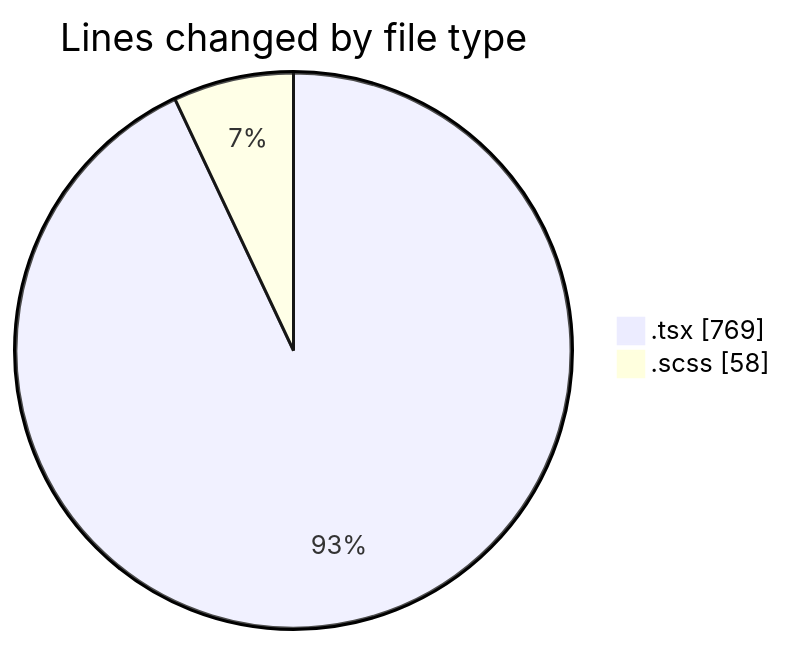
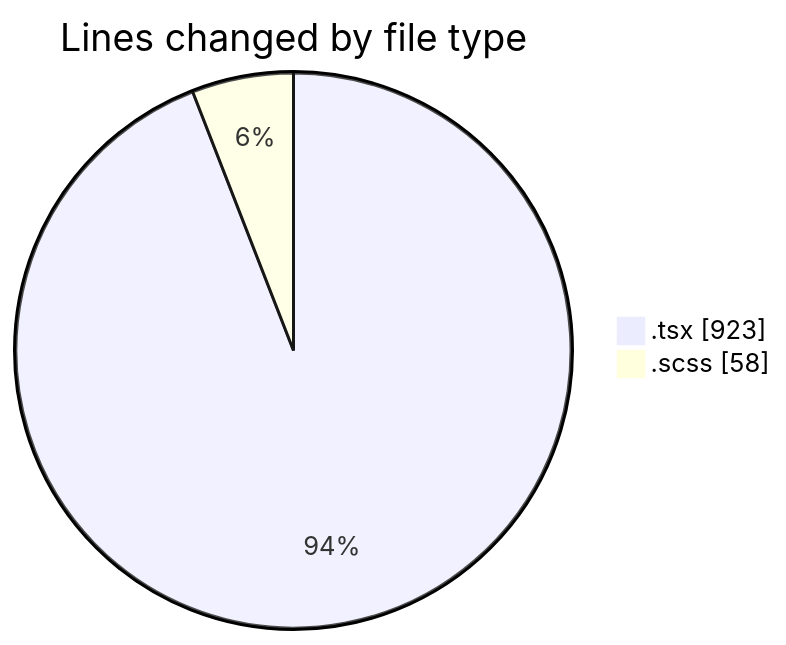
One commit to momahboobian/code-tracking changed the first of 2 diagrams in 2026-10-05/cda/README.md. Above: the diagram before and after it, drawn with Mermaid. The commit also changed other lines of this file and 1 other file, not shown here.

````diff
--- a/2026-10-05/cda/README.md
+++ b/2026-10-05/cda/README.md
@@ -25,6 +26,6 @@
 ```mermaid
 pie showData
 title Lines changed by file type
-".tsx" : 769
+".tsx" : 923
 ".scss" : 58
 ```
````
